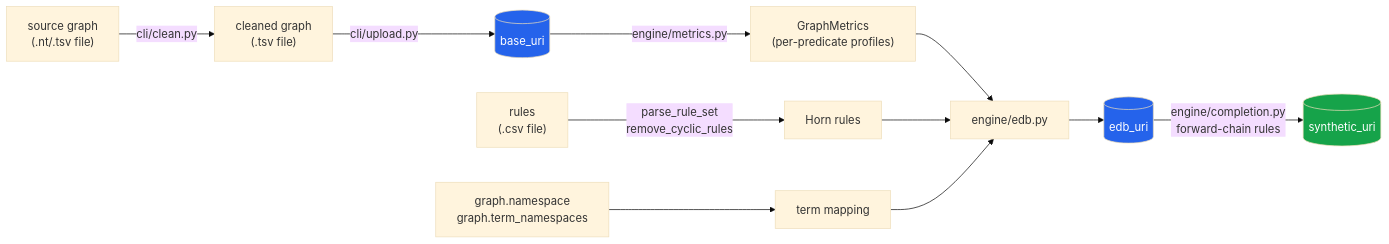
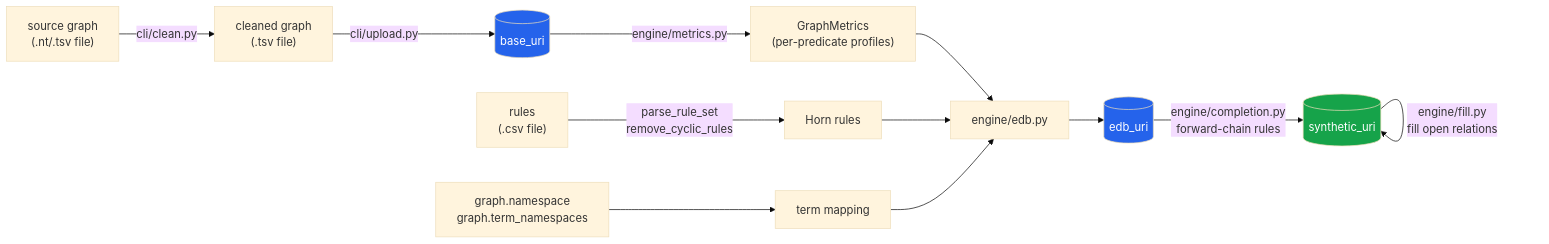
Before and after one commit to DavidGomez00/synthetic-knowledge-graph-generator: the first of 2 diagrams in docs/architecture.md, drawn with Mermaid (base theme). The commit also changed other lines of this file and 6 other files, not shown here.

````diff
--- a/docs/architecture.md
+++ b/docs/architecture.md
@@ -9,18 +9,19 @@
 ```mermaid
 flowchart LR
     RAW["source graph<br/>(.nt/.tsv file)"] -->|cli/clean.py| NT["cleaned graph<br/>(.tsv file)"]
     NT -->|cli/upload.py| BASE[("base_uri")]
     NS["graph.namespace<br/>graph.term_namespaces"] --> TERM["term mapping"]
     RULES["rules<br/>(.csv file)"] -->|"parse_rule_set<br/>remove_cyclic_rules"| HORN["Horn rules"]
 
     BASE -->|engine/metrics.py| METRICS["GraphMetrics<br/>(per-predicate profiles)"]
 
     METRICS & HORN & TERM --> EDBGEN["engine/edb.py"]
     EDBGEN --> EDB[("edb_uri")]
 
     EDB -->|"engine/completion.py<br/>forward-chain rules"| SYN[("synthetic_uri")]
+    SYN -->|"engine/fill.py<br/>fill open relations"| SYN
 
     style BASE fill:#2563eb,color:#fff
     style EDB fill:#2563eb,color:#fff
     style SYN fill:#16a34a,color:#fff
 ```
````
